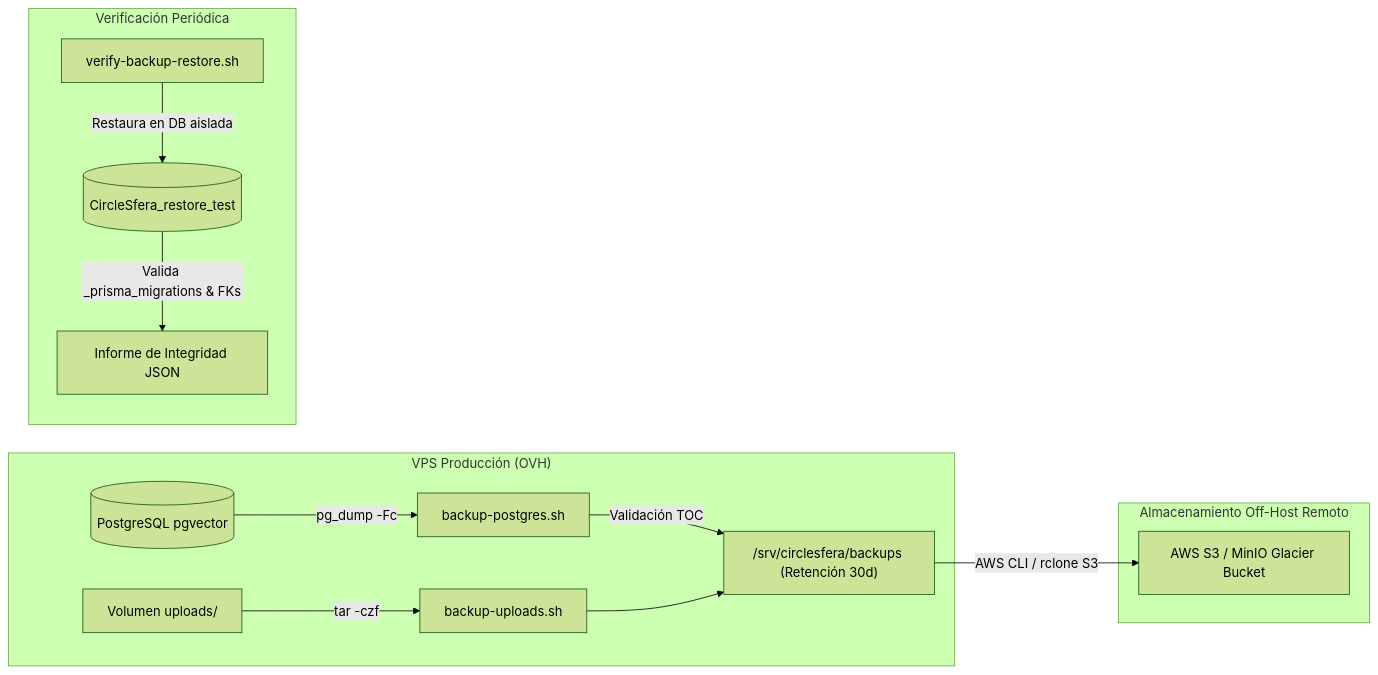
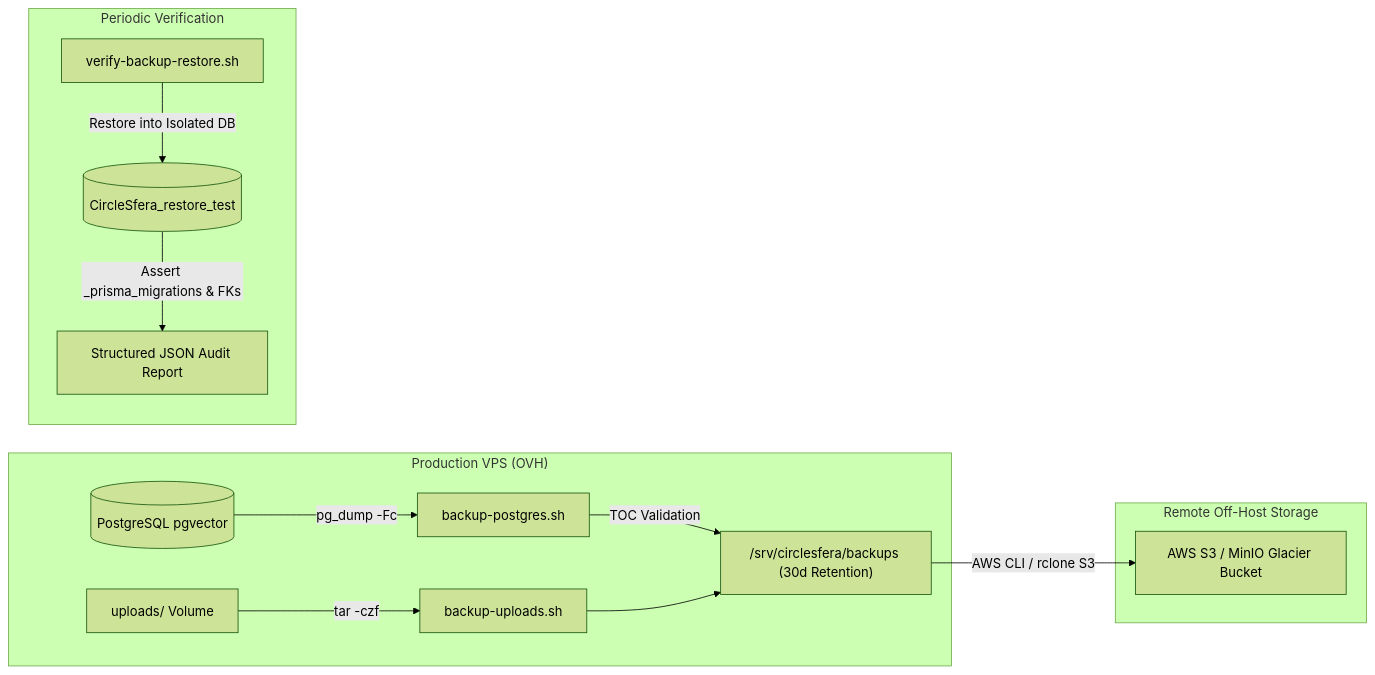
The diagram in circlesfera-documentation/05-disaster-recovery.md (CircleSfera/CircleSfera), drawn with Mermaid (forest theme) before and after one commit. The commit also changed other lines of this file and 22 other files, not shown here.

````diff
--- a/circlesfera-documentation/05-disaster-recovery.md
+++ b/circlesfera-documentation/05-disaster-recovery.md
@@ -24,18 +24,18 @@
 ```mermaid
 flowchart LR
-    subgraph Host["VPS Producción (OVH)"]
+    subgraph Host["Production VPS (OVH)"]
         PG[(PostgreSQL pgvector)] -->|pg_dump -Fc| Script["backup-postgres.sh"]
-        Uploads["Volumen uploads/"] -->|tar -czf| ScriptUp["backup-uploads.sh"]
-        Script -->|Validación TOC| LocalStorage["/srv/circlesfera/backups (Retención 30d)"]
+        Uploads["uploads/ Volume"] -->|tar -czf| ScriptUp["backup-uploads.sh"]
+        Script -->|TOC Validation| LocalStorage["/srv/circlesfera/backups (30d Retention)"]
         ScriptUp --> LocalStorage
     end
 
-    subgraph OffHost["Almacenamiento Off-Host Remoto"]
+    subgraph OffHost["Remote Off-Host Storage"]
         LocalStorage -->|AWS CLI / rclone S3| S3["AWS S3 / MinIO Glacier Bucket"]
     end
 
-    subgraph Drill["Verificación Periódica"]
-        ScriptTest["verify-backup-restore.sh"] -->|Restaura en DB aislada| DBTest[(CircleSfera_restore_test)]
-        DBTest -->|Valida _prisma_migrations & FKs| AuditReport["Informe de Integridad JSON"]
+    subgraph Drill["Periodic Verification"]
+        ScriptTest["verify-backup-restore.sh"] -->|Restore into Isolated DB| DBTest[(CircleSfera_restore_test)]
+        DBTest -->|Assert _prisma_migrations & FKs| AuditReport["Structured JSON Audit Report"]
     end
 ```
````
